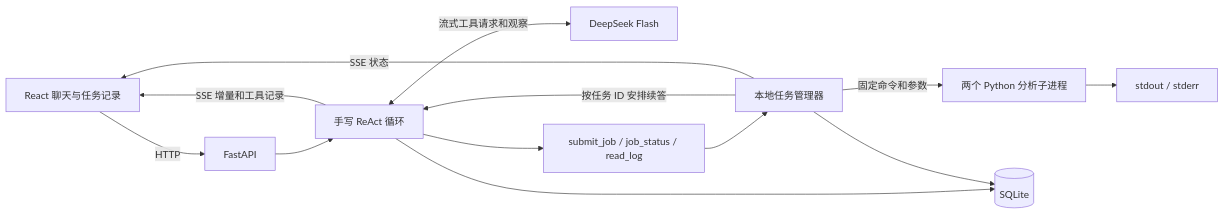
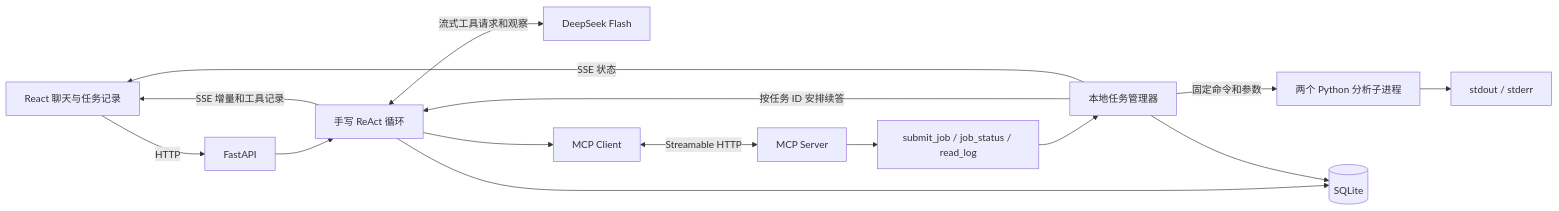
One commit to bigzzzx/research-task-assistant changed the diagram in README.md. Above: the diagram before and after it, drawn with Mermaid. The commit also changed other lines of this file and 29 other files, not shown here.

````diff
--- a/README.md
+++ b/README.md
@@ -69,15 +77,17 @@
 ```mermaid
 flowchart LR
     UI["React 聊天与任务记录"] -->|HTTP| API["FastAPI"]
     API --> Agent["手写 ReAct 循环"]
     Agent <-->|流式工具请求和观察| Model["DeepSeek Flash"]
-    Agent --> Tools["submit_job / job_status / read_log"]
+    Agent --> MCPClient["MCP Client"]
+    MCPClient <-->|Streamable HTTP| MCPServer["MCP Server"]
+    MCPServer --> Tools["submit_job / job_status / read_log"]
     Tools --> Jobs["本地任务管理器"]
     Jobs -->|固定命令和参数| Python["两个 Python 分析子进程"]
     Python --> Logs["stdout / stderr"]
     Jobs -->|按任务 ID 安排续答| Agent
     Agent --> DB[("SQLite")]
     Jobs --> DB
     Agent -->|SSE 增量和工具记录| UI
     Jobs -->|SSE 状态| UI
 ```
````
